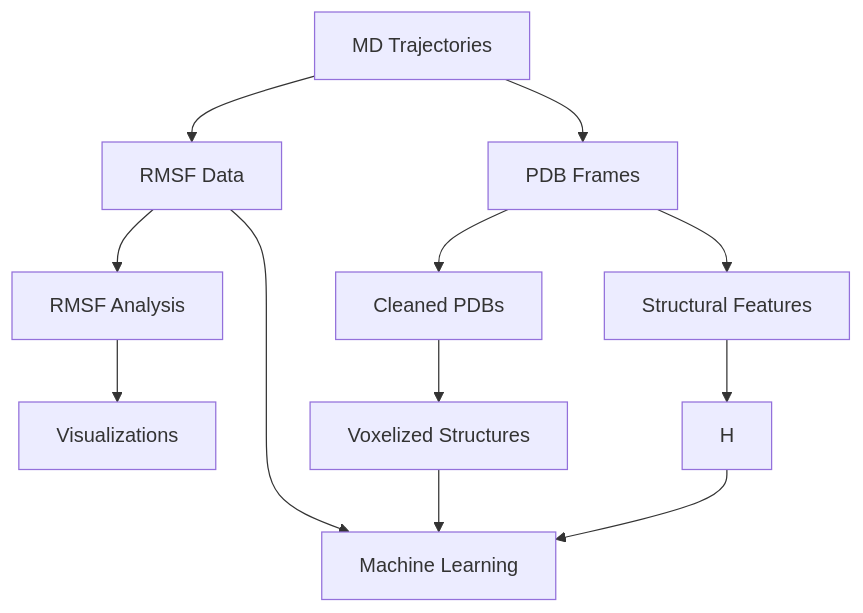
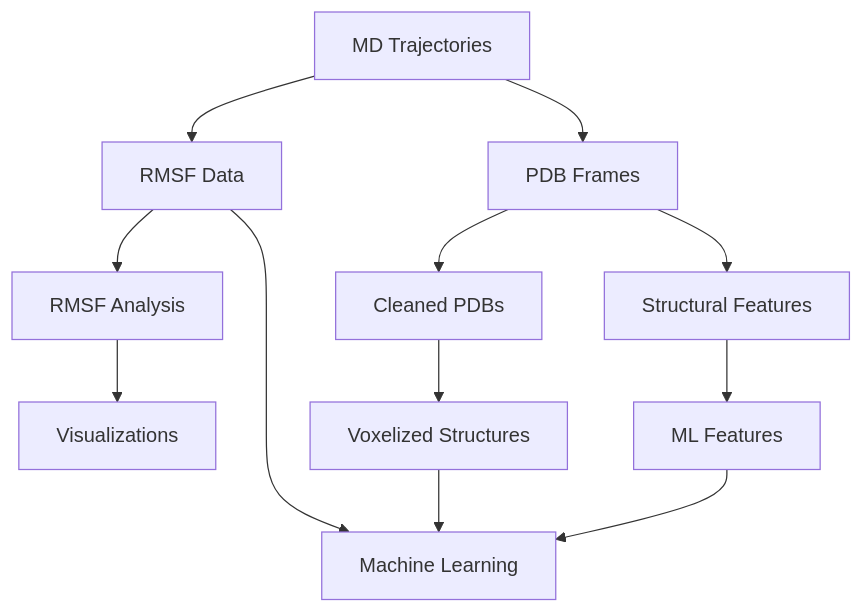
One commit to Felixburton7/drWiggle changed the diagram in README.md. Above: the diagram before and after it, drawn with Mermaid.

````diff
--- a/README.md
+++ b/README.md
@@ -236,14 +236,14 @@
 ```mermaid
 graph TD
     A[MD Trajectories] --> B[RMSF Data]
     A --> C[PDB Frames]
     C --> D[Cleaned PDBs]
     D --> E[Voxelized Structures]
     B --> F[RMSF Analysis]
     C --> G[Structural Features]
     B --> J[ML Features]
-    G --> H
+    G --> H[ML Features]
     F --> I[Visualizations]
     H --> J[Machine Learning]
     E --> J
 ```
````
